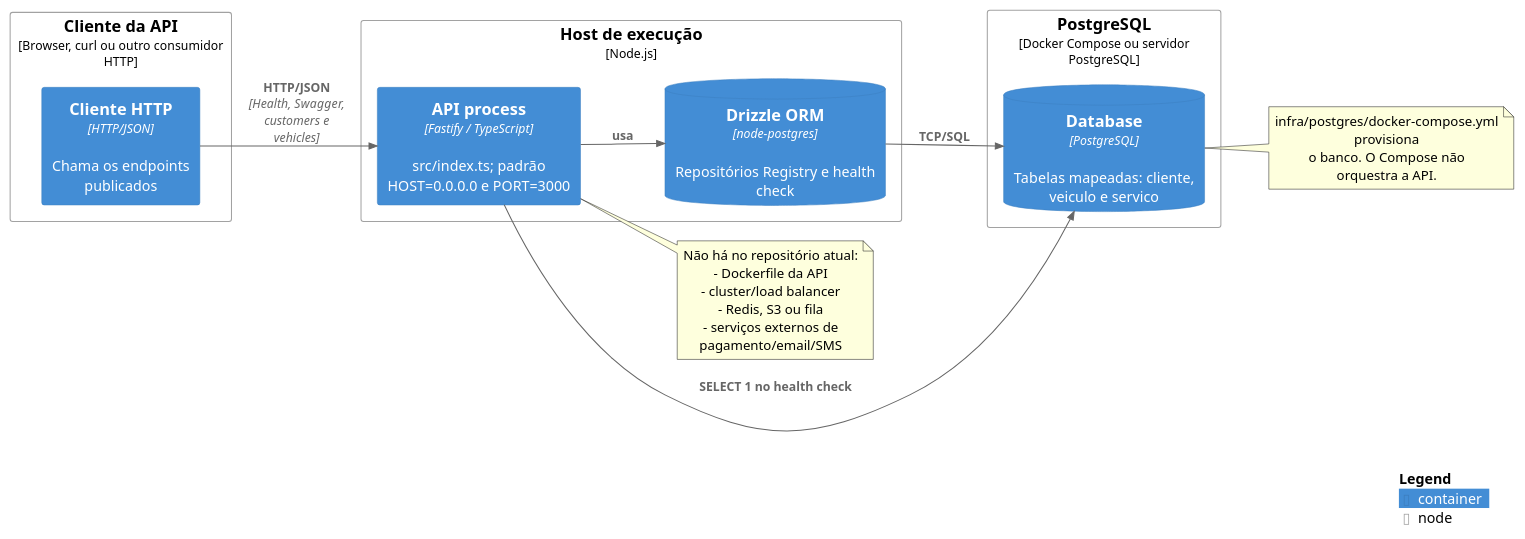
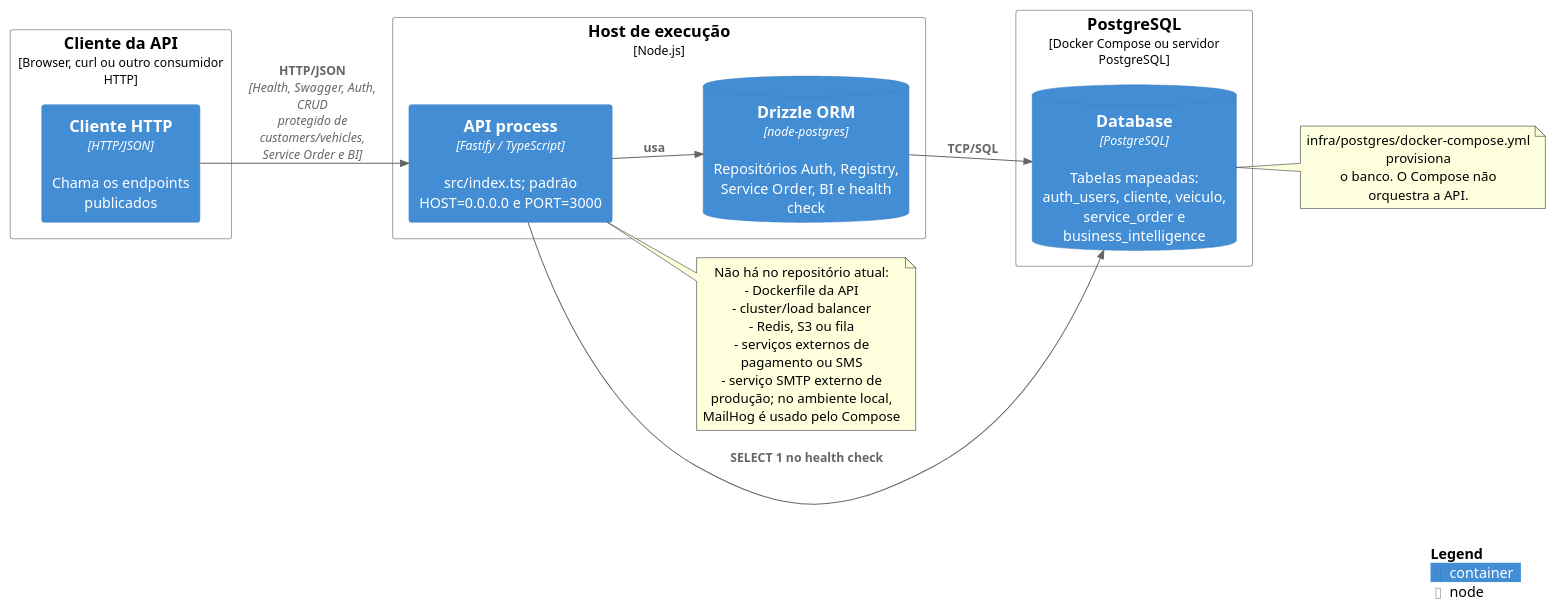
One commit to 15soat-fiap-45/api.mecanica changed the diagram in docs/plantuml/deployment.puml. Above: the diagram before and after it, drawn with PlantUML. The commit also changed 13 other files, not shown here.

First line of the commit message:
docs(architecture): align diagrams and setup docs with current API

```diff
--- a/docs/plantuml/deployment.puml
+++ b/docs/plantuml/deployment.puml
@@ -1,36 +1,37 @@
 @startuml Deployment - Estado Atual
 !include https://raw.githubusercontent.com/plantuml-stdlib/C4-PlantUML/master/C4_Deployment.puml
 LAYOUT_LEFT_RIGHT()
 
 Deployment_Node(client, "Cliente da API", "Browser, curl ou outro consumidor HTTP") {
     Container(client_tool, "Cliente HTTP", "HTTP/JSON", "Chama os endpoints publicados")
 }
 
 Deployment_Node(host, "Host de execução", "Node.js") {
     Container(api_process, "API process", "Fastify / TypeScript", "src/index.ts; padrão HOST=0.0.0.0 e PORT=3000")
-    ContainerDb(drizzle, "Drizzle ORM", "node-postgres", "Repositórios Registry e health check")
+    ContainerDb(drizzle, "Drizzle ORM", "node-postgres", "Repositórios Auth, Registry, Service Order, BI e health check")
 }
 
 Deployment_Node(database_runtime, "PostgreSQL", "Docker Compose ou servidor PostgreSQL") {
-    ContainerDb(postgres, "Database", "PostgreSQL", "Tabelas mapeadas: cliente, veiculo e servico")
+    ContainerDb(postgres, "Database", "PostgreSQL", "Tabelas mapeadas: auth_users, cliente, veiculo, service_order e business_intelligence")
 }
 
-Rel(client_tool, api_process, "HTTP/JSON", "Health, Swagger, customers e vehicles")
+Rel(client_tool, api_process, "HTTP/JSON", "Health, Swagger, Auth, CRUD protegido de customers/vehicles, Service Order e BI")
 Rel(api_process, drizzle, "usa")
 Rel(drizzle, postgres, "TCP/SQL")
 Rel(api_process, postgres, "SELECT 1 no health check")
 
 note right of api_process
     Não há no repositório atual:
     - Dockerfile da API
     - cluster/load balancer
     - Redis, S3 ou fila
-    - serviços externos de pagamento/email/SMS
+    - serviços externos de pagamento ou SMS
+    - serviço SMTP externo de produção; no ambiente local, MailHog é usado pelo Compose
 end note
 
 note right of postgres
     infra/postgres/docker-compose.yml provisiona
     o banco. O Compose não orquestra a API.
 end note
 SHOW_LEGEND()
 @enduml
```
